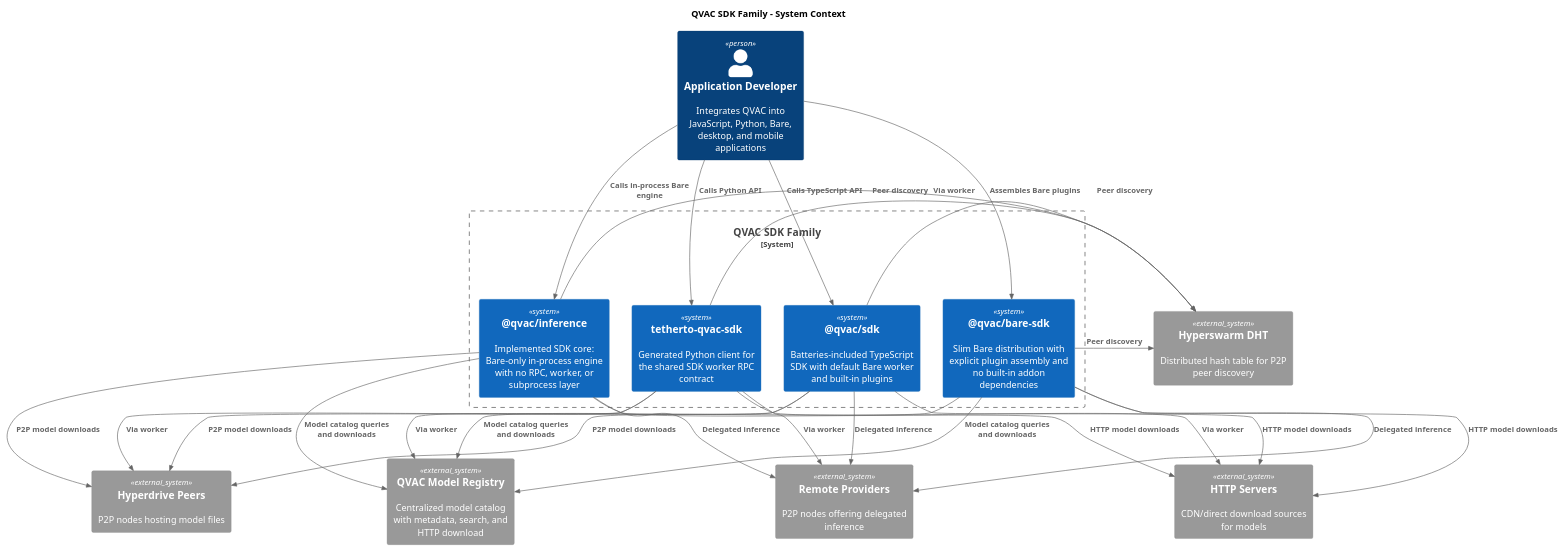
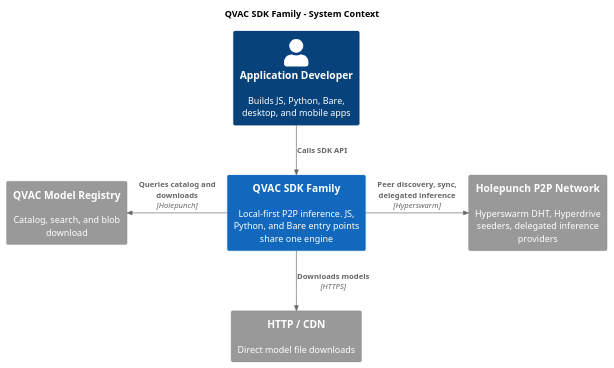
Before and after one commit to Zbig9000/qvac: the diagram in docs/architecture/puml/01-system-context.puml, drawn with PlantUML. The commit also changed 20 other files, not shown here.

First line of the commit message:
doc[notask]: simplify SDK family architecture diagrams (#3982)

```diff
--- a/docs/architecture/puml/01-system-context.puml
+++ b/docs/architecture/puml/01-system-context.puml
@@ -1,45 +1,20 @@
 @startuml
 !include <C4/C4_Context>
+HIDE_STEREOTYPE()
 
 title QVAC SDK Family - System Context
 
-Person(dev, "Application Developer", "Integrates QVAC into JavaScript, Python, Bare, desktop, and mobile applications")
-System_Boundary(qvac_sdk_family, "QVAC SDK Family") {
-    System(ts_sdk, "@qvac/sdk", "Batteries-included TypeScript SDK with default Bare worker and built-in plugins")
-    System(bare_sdk, "@qvac/bare-sdk", "Slim Bare distribution with explicit plugin assembly and no built-in addon dependencies")
-    System(inference, "@qvac/inference", "Implemented SDK core: Bare-only in-process engine with no RPC, worker, or subprocess layer")
-    System(py_sdk, "tetherto-qvac-sdk", "Generated Python client for the shared SDK worker RPC contract")
-}
+Person(dev, "Application Developer", "Builds JS, Python, Bare, desktop, and mobile apps")
 
-System_Ext(dht, "Hyperswarm DHT", "Distributed hash table for P2P peer discovery")
-System_Ext(hyperdrive, "Hyperdrive Peers", "P2P nodes hosting model files")
-System_Ext(cdn, "HTTP Servers", "CDN/direct download sources for models")
-System_Ext(registry, "QVAC Model Registry", "Centralized model catalog with metadata, search, and HTTP download")
-System_Ext(providers, "Remote Providers", "P2P nodes offering delegated inference")
+System(sdk, "QVAC SDK Family", "Local-first P2P inference. JS, Python, and Bare entry points share one engine")
 
-Rel_D(dev, ts_sdk, "Calls TypeScript API")
-Rel_D(dev, bare_sdk, "Assembles Bare plugins")
-Rel_D(dev, inference, "Calls in-process Bare engine")
-Rel_D(dev, py_sdk, "Calls Python API")
-Rel_R(ts_sdk, dht, "Peer discovery")
-Rel_R(bare_sdk, dht, "Peer discovery")
-Rel_R(inference, dht, "Peer discovery")
-Rel_R(py_sdk, dht, "Via worker")
-Rel_D(ts_sdk, hyperdrive, "P2P model downloads")
-Rel_D(bare_sdk, hyperdrive, "P2P model downloads")
-Rel_D(inference, hyperdrive, "P2P model downloads")
-Rel_D(py_sdk, hyperdrive, "Via worker")
-Rel_D(ts_sdk, cdn, "HTTP model downloads")
-Rel_D(bare_sdk, cdn, "HTTP model downloads")
-Rel_D(inference, cdn, "HTTP model downloads")
-Rel_D(py_sdk, cdn, "Via worker")
-Rel_D(ts_sdk, registry, "Model catalog queries and downloads")
-Rel_D(bare_sdk, registry, "Model catalog queries and downloads")
-Rel_D(inference, registry, "Model catalog queries and downloads")
-Rel_D(py_sdk, registry, "Via worker")
-Rel_D(ts_sdk, providers, "Delegated inference")
-Rel_D(bare_sdk, providers, "Delegated inference")
-Rel_D(inference, providers, "Delegated inference")
-Rel_D(py_sdk, providers, "Via worker")
+System_Ext(registry, "QVAC Model Registry", "Catalog, search, and blob download")
+System_Ext(http, "HTTP / CDN", "Direct model file downloads")
+System_Ext(p2p, "Holepunch P2P Network", "Hyperswarm DHT, Hyperdrive seeders, delegated inference providers")
+
+Rel_D(dev, sdk, "Calls SDK API")
+Rel_L(sdk, registry, "Queries catalog and downloads", "Holepunch")
+Rel_D(sdk, http, "Downloads models", "HTTPS")
+Rel_R(sdk, p2p, "Peer discovery, sync, delegated inference", "Hyperswarm")
 
 @enduml
```
